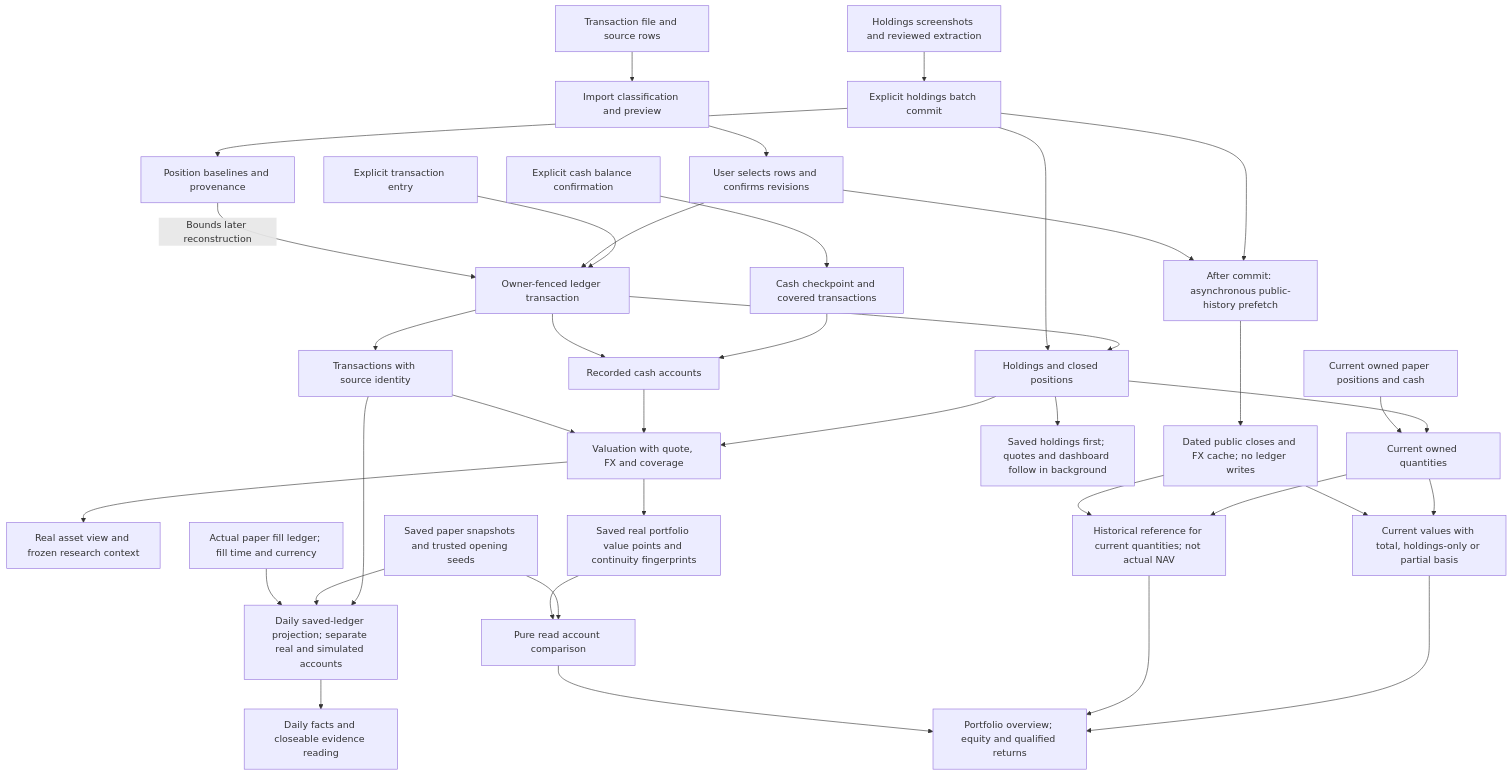
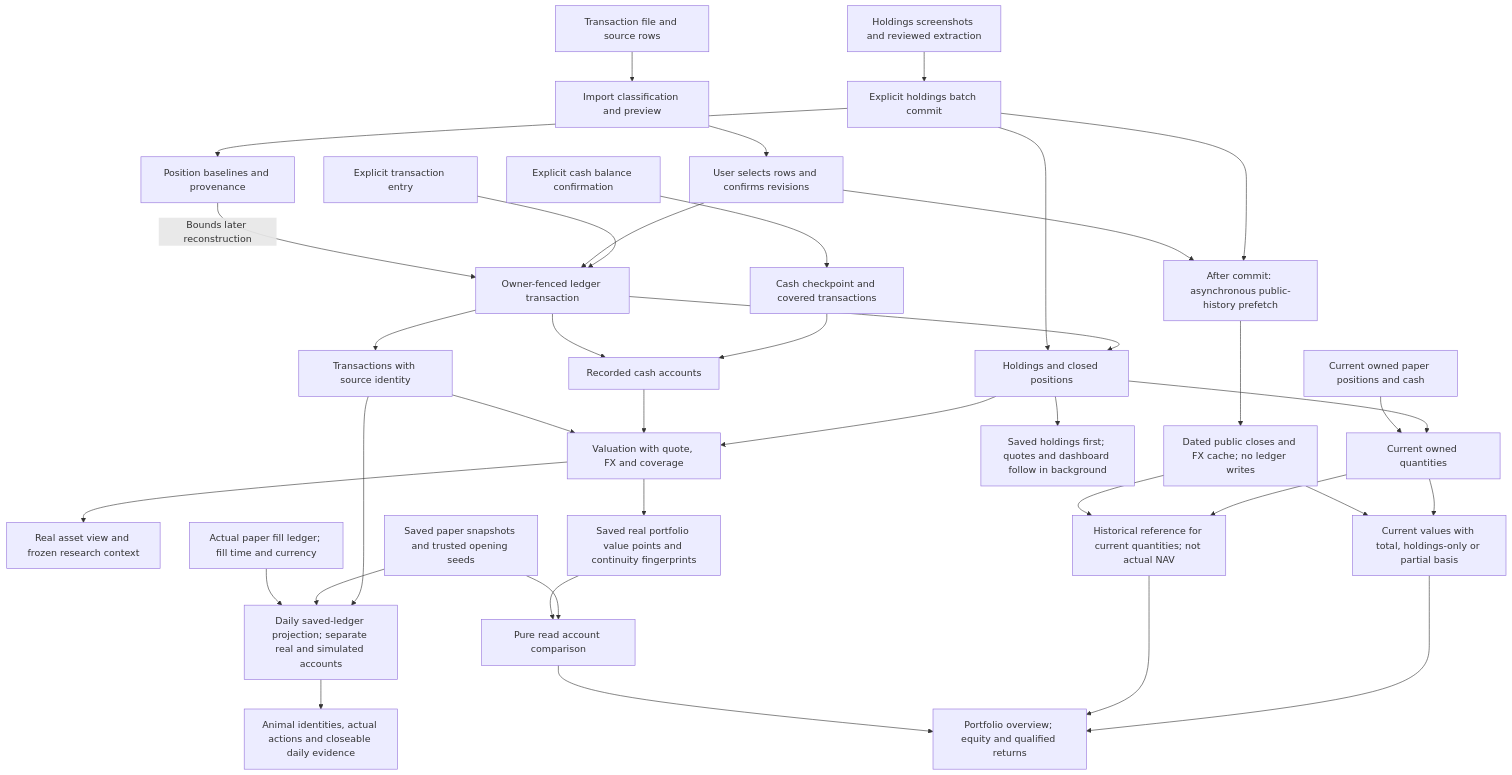
Before and after one commit to Lueyu/squabble: the fifth of 5 diagrams in docs/architecture.md, drawn with Mermaid. The commit also changed other lines of this file and 119 other files, not shown here.

````diff
--- a/docs/architecture.md
+++ b/docs/architecture.md
@@ -275,40 +290,40 @@
 ```mermaid
 flowchart TD
     manual["Explicit transaction entry"] --> ledgerTx["Owner-fenced ledger transaction"]
     file["Transaction file and source rows"] --> batch["Import classification and preview"]
     batch --> confirm["User selects rows and confirms revisions"]
     confirm --> ledgerTx
     screenshots["Holdings screenshots and reviewed extraction"] --> positionImport["Explicit holdings batch commit"]
     positionImport --> baseline["Position baselines and provenance"]
     baseline -->|"Bounds later reconstruction"| ledgerTx
     cashUser["Explicit cash balance confirmation"] --> cashReceipt["Cash checkpoint and covered transactions"]
     cashReceipt --> cash["Recorded cash accounts"]
     ledgerTx --> transactions["Transactions with source identity"]
     ledgerTx --> holdings["Holdings and closed positions"]
     positionImport --> holdings
     ledgerTx --> cash
     holdings --> metrics["Valuation with quote, FX and coverage"]
     cash --> metrics
     transactions --> metrics
     metrics --> today["Real asset view and frozen research context"]
     metrics --> points["Saved real portfolio value points and continuity fingerprints"]
     paper["Saved paper snapshots and trusted opening seeds"] --> compare["Pure read account comparison"]
     points --> compare
     positionImport --> warm["After commit: asynchronous public-history prefetch"]
     confirm --> warm
     warm --> marketCache["Dated public closes and FX cache; no ledger writes"]
     holdings --> quickUI["Saved holdings first; quotes and dashboard follow in background"]
     holdings --> currentPositions["Current owned quantities"]
     currentPaper["Current owned paper positions and cash"] --> currentPositions
     currentPositions --> currentMarks["Current values with total, holdings-only or partial basis"]
     currentPositions --> reference["Historical reference for current quantities; not actual NAV"]
     marketCache --> currentMarks
     marketCache --> reference
     currentMarks --> overview
     reference --> overview
     compare --> overview["Portfolio overview; equity and qualified returns"]
     transactions --> dailyRead["Daily saved-ledger projection; separate real and simulated accounts"]
     paper --> dailyRead
     paperFills["Actual paper fill ledger; fill time and currency"] --> dailyRead
-    dailyRead --> dailyUI["Daily facts and closeable evidence reading"]
+    dailyRead --> dailyUI["Animal identities, actual actions and closeable daily evidence"]
 ```
````
